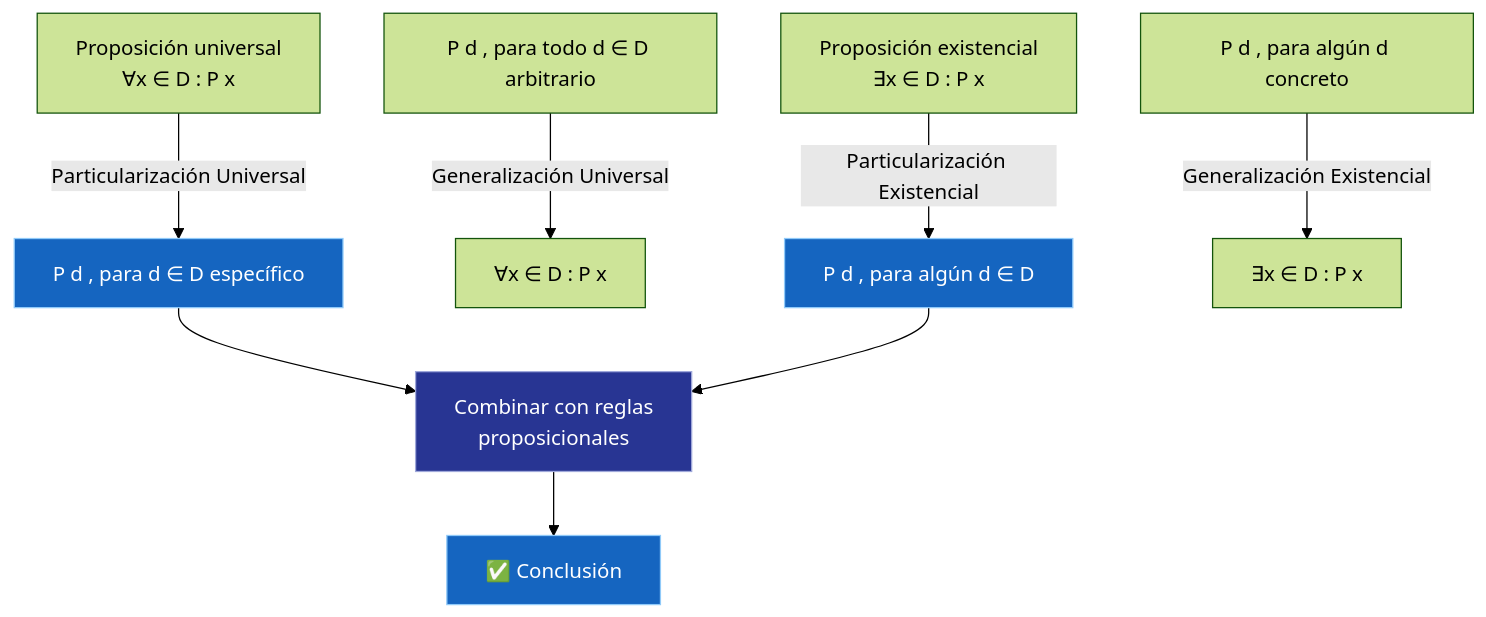
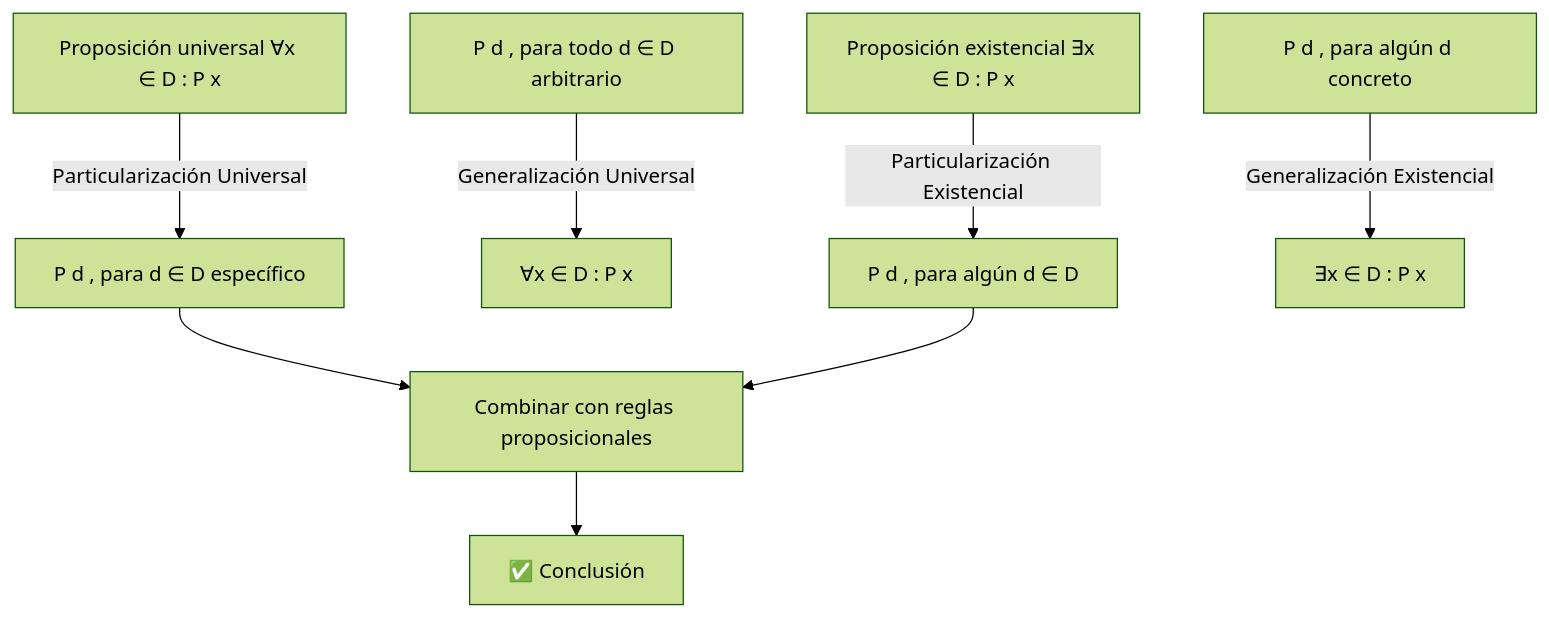
One commit to Fsteven22/Notas-ESPOL changed the diagram in src/site/notes/Universidad/3er Semestre/Matemáticas Discretas/Unidad 1 - Logica y Conjuntos/III - Razonamiento Inductivo/02 - Reglas de Inferencia para Afirmaciones Cuantificadas.md. Above: the diagram before and after it, drawn with Mermaid (forest theme). The commit also changed other lines of this file and 179 other files, not shown here.

````diff
--- a/src/site/notes/Universidad/3er Semestre/Matemáticas Discretas/Unidad 1 - Logica y Conjuntos/III - Razonamiento Inductivo/02 - Reglas de Inferencia para Afirmaciones Cuantificadas.md
+++ b/src/site/notes/Universidad/3er Semestre/Matemáticas Discretas/Unidad 1 - Logica y Conjuntos/III - Razonamiento Inductivo/02 - Reglas de Inferencia para Afirmaciones Cuantificadas.md
@@ -143,17 +143,13 @@
 ```mermaid
 graph TD
-    A[Proposición universal<br/>∀x ∈ D : P x] -->|Particularización Universal| B[P d , para d ∈ D específico]
+    A[Proposición universal ∀x ∈ D : P x] -->|Particularización Universal| B[P d , para d ∈ D específico]
     C[P d , para todo d ∈ D arbitrario] -->|Generalización Universal| D[∀x ∈ D : P x]
 
-    E[Proposición existencial<br/>∃x ∈ D : P x] -->|Particularización Existencial| F[P d , para algún d ∈ D]
+    E[Proposición existencial ∃x ∈ D : P x] -->|Particularización Existencial| F[P d , para algún d ∈ D]
     G[P d , para algún d concreto] -->|Generalización Existencial| H[∃x ∈ D : P x]
 
-    B --> I[Combinar con reglas<br/>proposicionales]
+    B --> I[Combinar con reglas proposicionales]
     F --> I
     I --> J[✅ Conclusión]
-    style B fill:#1565C0,color:#FFFFFF,stroke:#90CAF9,stroke-width:1px
-    style F fill:#1565C0,color:#FFFFFF,stroke:#90CAF9,stroke-width:1px
-    style I fill:#283593,color:#FFFFFF,stroke:#9FA8DA,stroke-width:1px
-    style J fill:#1565C0,color:#FFFFFF,stroke:#90CAF9,stroke-width:1px
 
 ```
````
